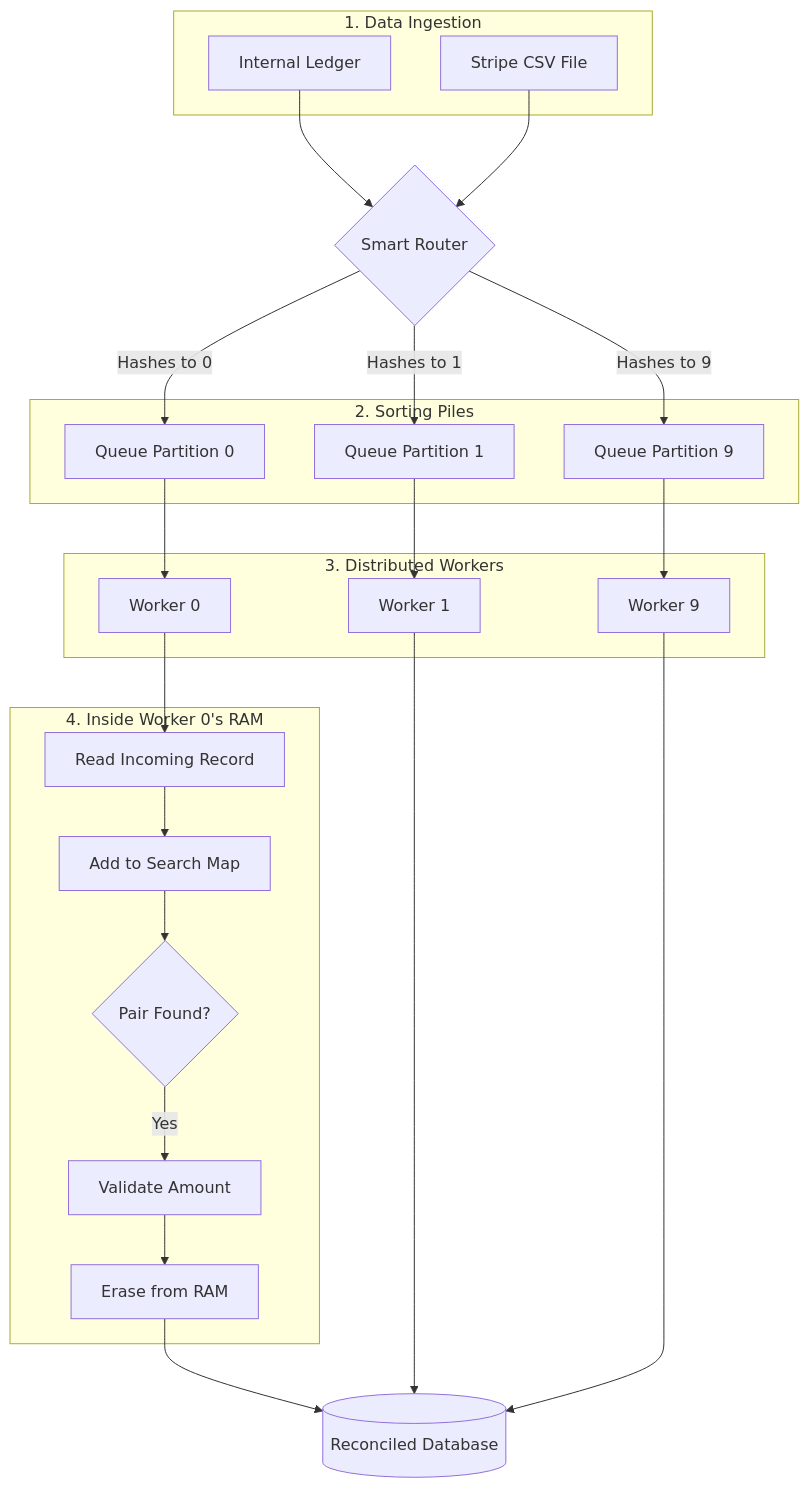
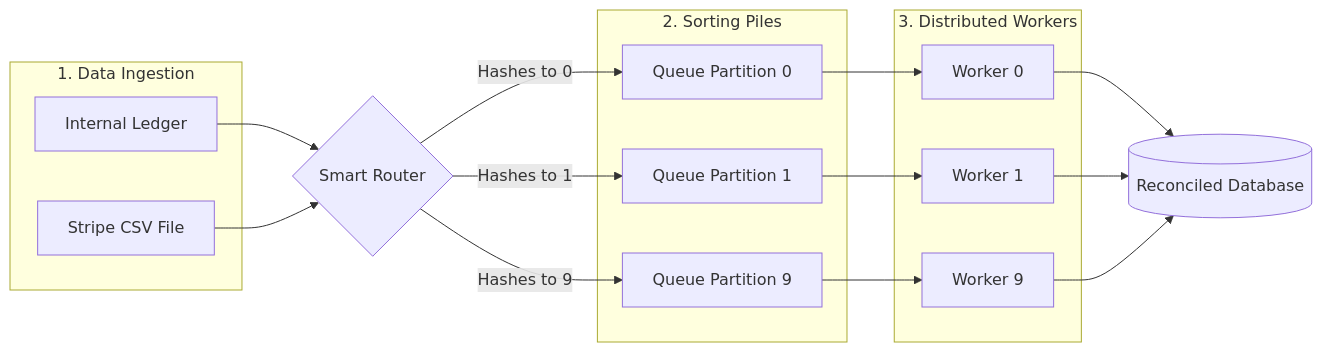
One commit to Chandra179/atlas changed the second of 3 diagrams in blog/astro/src/content/docs/reconcile-service.md. Above: the diagram before and after it, drawn with Mermaid. The commit also changed 1 other file, not shown here.

````diff
--- a/blog/astro/src/content/docs/reconcile-service.md
+++ b/blog/astro/src/content/docs/reconcile-service.md
@@ -103,50 +103,40 @@
 ```mermaid
-flowchart TD
+flowchart LR
     %% Sources
     subgraph Data_Ingestion [1. Data Ingestion]
         A[Internal Ledger]
         B[Stripe CSV File]
     end
 
     %% Router
     A --> C
     B --> C
     C{Smart Router}
 
     %% Queues
     subgraph Partition_Queues [2. Sorting Piles]
         P0[Queue Partition 0]
         P1[Queue Partition 1]
         P_N[Queue Partition 9]
     end
 
     C -->|Hashes to 0| P0
     C -->|Hashes to 1| P1
     C -->|Hashes to 9| P_N
 
     %% Workers
     subgraph Worker_Nodes [3. Distributed Workers]
         W0[Worker 0]
         W1[Worker 1]
         WN[Worker 9]
     end
 
     P0 --> W0
     P1 --> W1
     P_N --> WN
 
-    %% Worker Detail 
-    subgraph In_Memory_Matching [4. Inside Worker 0's RAM]
-        M1[Read Incoming Record] --> M2[Add to Search Map]
-        M2 --> M3{Pair Found?}
-        M3 -->|Yes| M4[Validate Amount]
-        M4 --> M5[Erase from RAM]
-    end
-
-    W0 --> M1
-
     %% Target
-    M5 --> DB[(Reconciled Database)]
+    W0 --> DB[(Reconciled Database)]
     W1 --> DB
     WN --> DB
 ```
````
